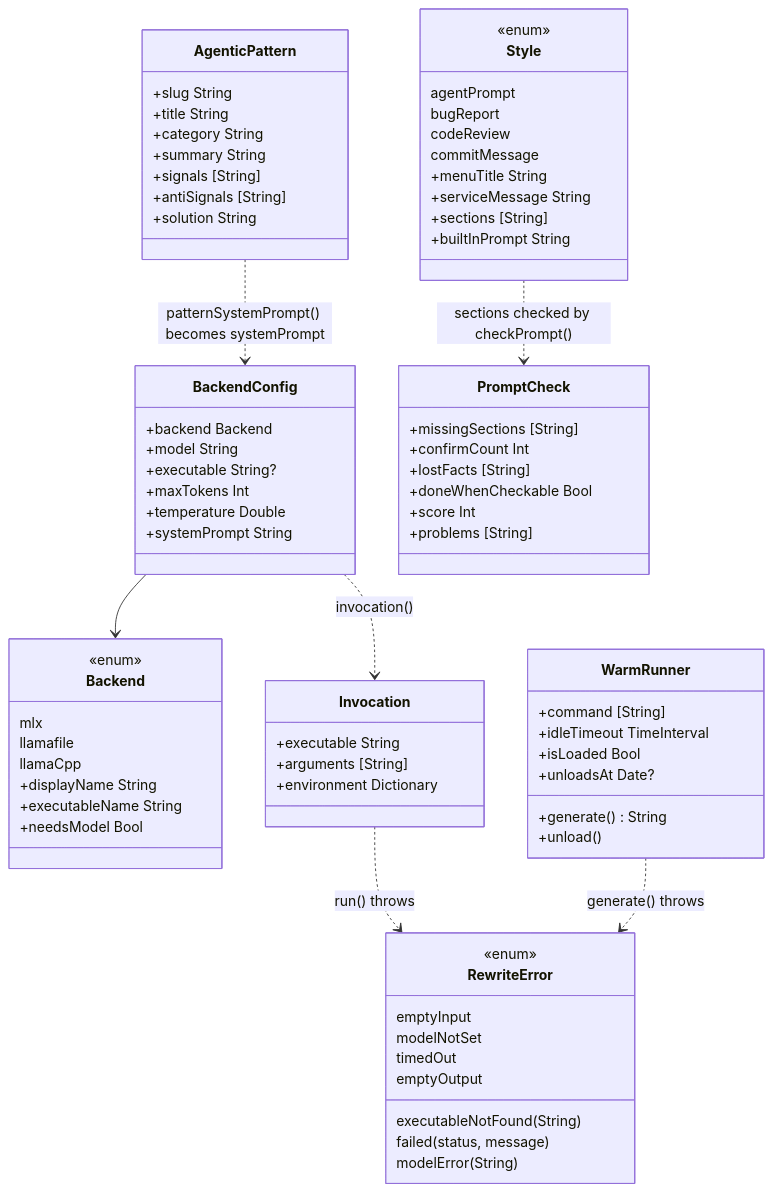
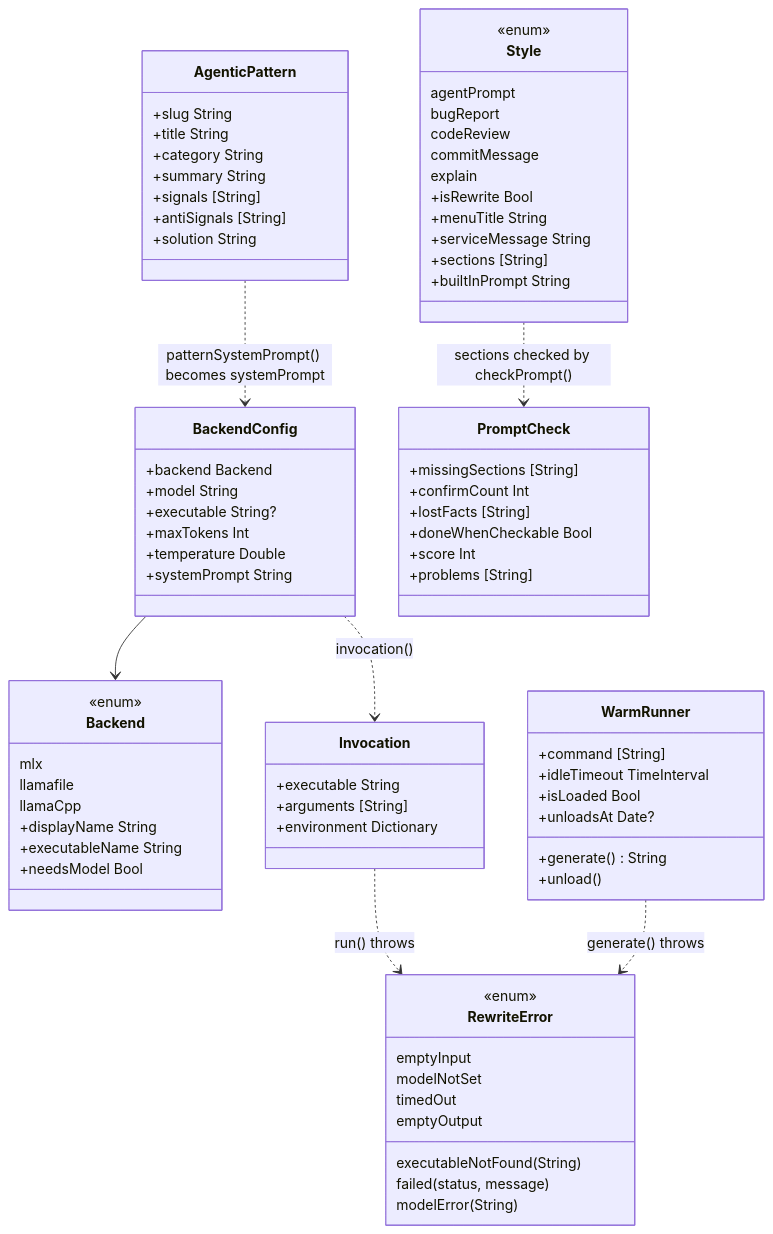
Before and after one commit to jdgiles26/prompt-menu: the second of 2 diagrams in docs/ARCHITECTURE.md, drawn with Mermaid. The commit also changed other lines of this file and 7 other files, not shown here.

````diff
--- a/docs/ARCHITECTURE.md
+++ b/docs/ARCHITECTURE.md
@@ -89,77 +90,79 @@
 ```mermaid
 classDiagram
     class Backend {
         <<enum>>
         mlx
         llamafile
         llamaCpp
         +displayName String
         +executableName String
         +needsModel Bool
     }
     class BackendConfig {
         +backend Backend
         +model String
         +executable String?
         +maxTokens Int
         +temperature Double
         +systemPrompt String
     }
     class Invocation {
         +executable String
         +arguments [String]
         +environment Dictionary
     }
     class RewriteError {
         <<enum>>
         emptyInput
         executableNotFound(String)
         modelNotSet
         failed(status, message)
         timedOut
         emptyOutput
         modelError(String)
     }
     class Style {
         <<enum>>
         agentPrompt
         bugReport
         codeReview
         commitMessage
+        explain
+        +isRewrite Bool
         +menuTitle String
         +serviceMessage String
         +sections [String]
         +builtInPrompt String
     }
     class WarmRunner {
         +command [String]
         +idleTimeout TimeInterval
         +isLoaded Bool
         +unloadsAt Date?
         +generate() String
         +unload()
     }
     class PromptCheck {
         +missingSections [String]
         +confirmCount Int
         +lostFacts [String]
         +doneWhenCheckable Bool
         +score Int
         +problems [String]
     }
     class AgenticPattern {
         +slug String
         +title String
         +category String
         +summary String
         +signals [String]
         +antiSignals [String]
         +solution String
     }
     BackendConfig --> Backend
     BackendConfig ..> Invocation : invocation()
     Invocation ..> RewriteError : run() throws
     WarmRunner ..> RewriteError : generate() throws
     Style ..> PromptCheck : sections checked by checkPrompt()
     AgenticPattern ..> BackendConfig : patternSystemPrompt() becomes systemPrompt
 ```
````
